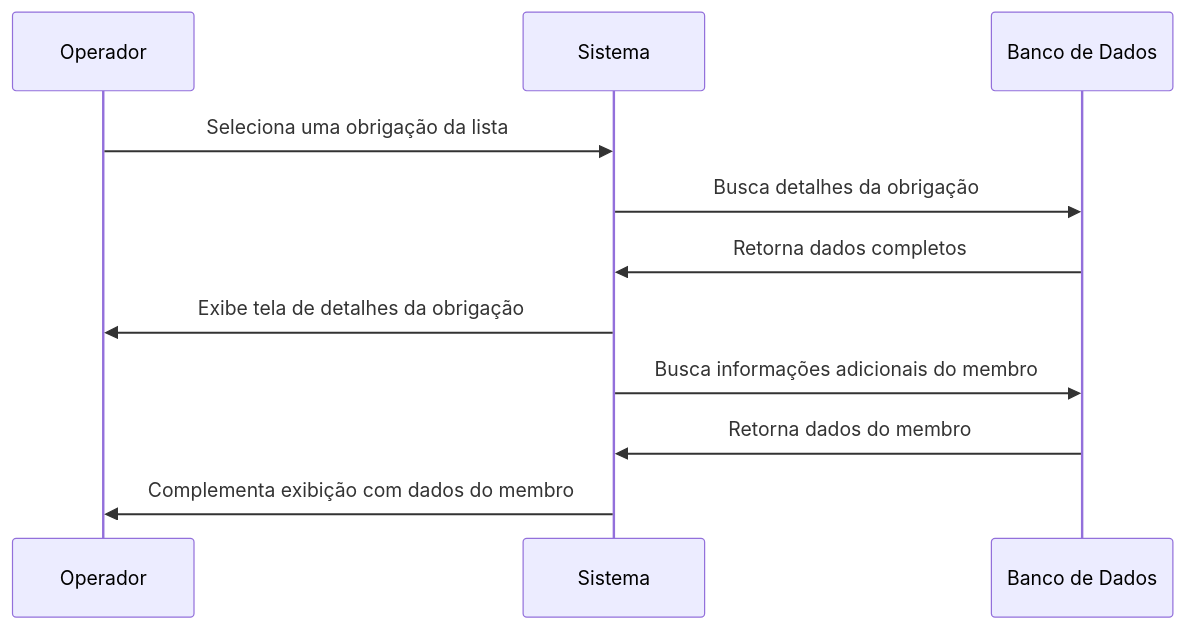
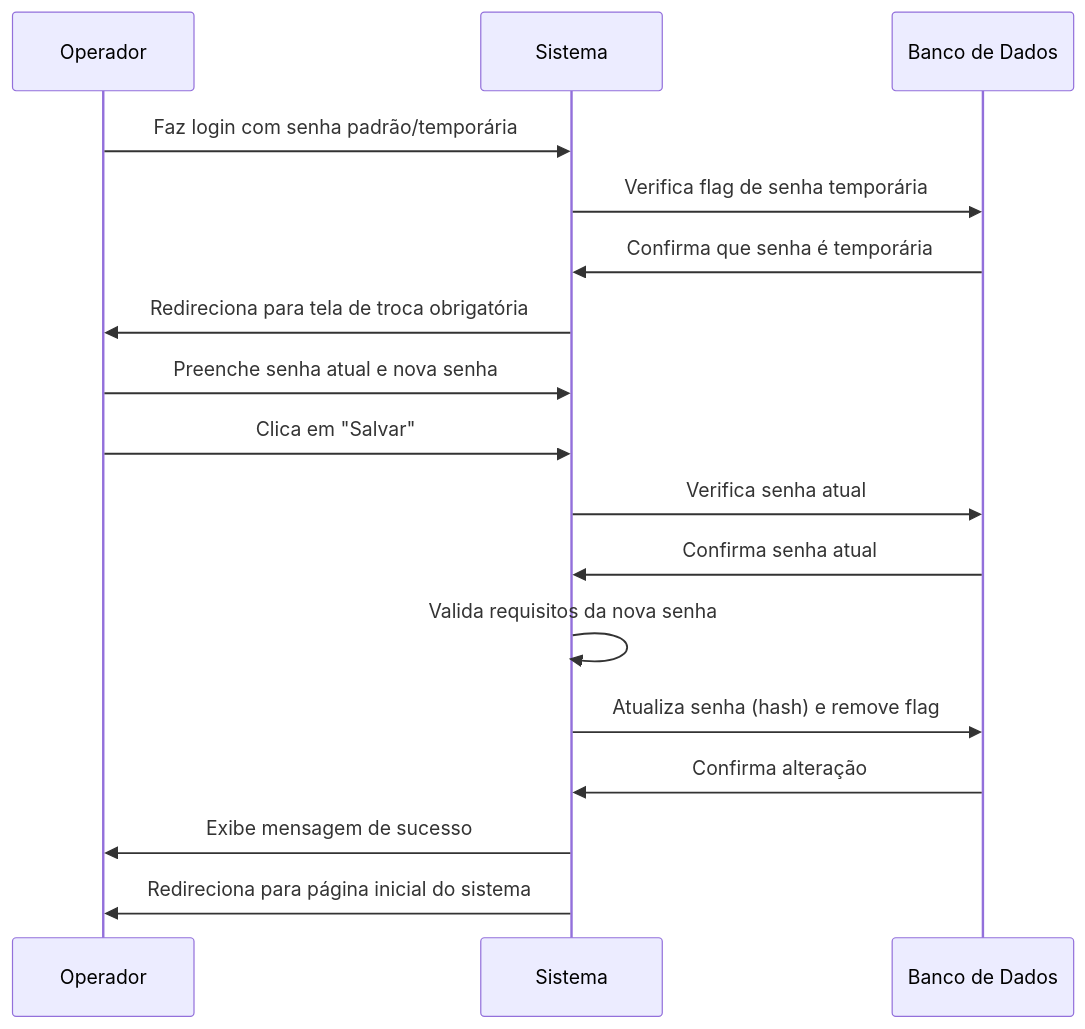
Before and after one commit to Bomsalvez/quilombo-docs: the second of 5 diagrams in Writerside/topics/RF13.md, drawn with Mermaid. The commit also changed other lines of this file and 34 other files, not shown here.

````diff
--- a/Writerside/topics/RF13.md
+++ b/Writerside/topics/RF13.md
@@ -58,14 +60,20 @@
 ```mermaid
 sequenceDiagram
     participant O as Operador
     participant S as Sistema
     participant DB as Banco de Dados
     
-    O->>S: Seleciona uma obrigação da lista
-    S->>DB: Busca detalhes da obrigação
-    DB->>S: Retorna dados completos
-    S->>O: Exibe tela de detalhes da obrigação
-    S->>DB: Busca informações adicionais do membro
-    DB->>S: Retorna dados do membro
-    S->>O: Complementa exibição com dados do membro
+    O->>S: Faz login com senha padrão/temporária
+    S->>DB: Verifica flag de senha temporária
+    DB->>S: Confirma que senha é temporária
+    S->>O: Redireciona para tela de troca obrigatória
+    O->>S: Preenche senha atual e nova senha
+    O->>S: Clica em "Salvar"
+    S->>DB: Verifica senha atual
+    DB->>S: Confirma senha atual
+    S->>S: Valida requisitos da nova senha
+    S->>DB: Atualiza senha (hash) e remove flag
+    DB->>S: Confirma alteração
+    S->>O: Exibe mensagem de sucesso
+    S->>O: Redireciona para página inicial do sistema
 ```
````
